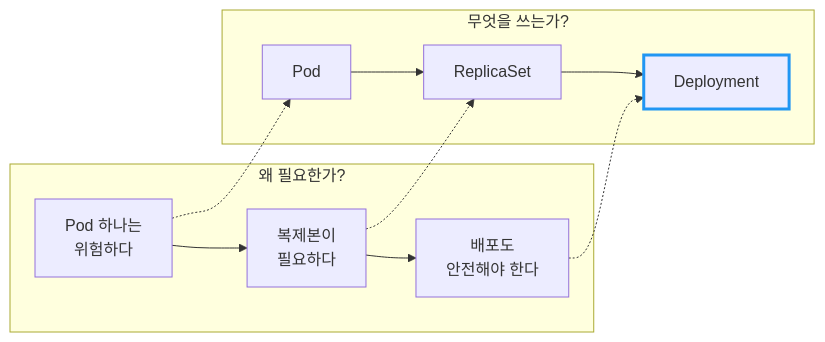
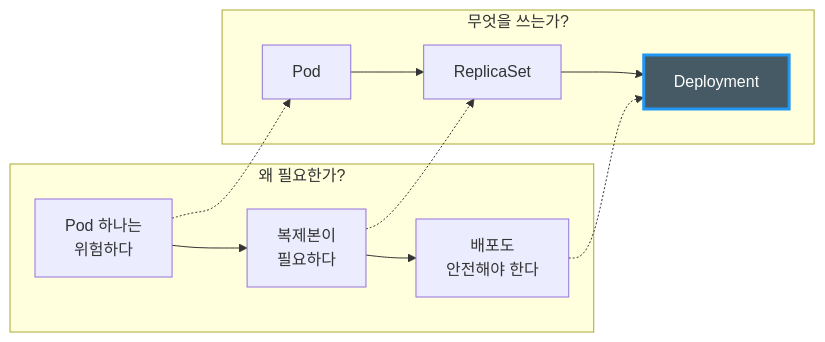
The fifth of 5 diagrams in kubernetes/Kubernetes-ReplicaSet-Deployment.md (sskim91/TIL), drawn with Mermaid before and after one commit. The commit also changed other lines of this file and 39 other files, not shown here.

````diff
--- a/kubernetes/Kubernetes-ReplicaSet-Deployment.md
+++ b/kubernetes/Kubernetes-ReplicaSet-Deployment.md
@@ -1066,17 +931,17 @@
 ```mermaid
 flowchart LR
     subgraph "왜 필요한가?"
         A[Pod 하나는<br>위험하다] --> B[복제본이<br>필요하다]
         B --> C[배포도<br>안전해야 한다]
     end
 
     subgraph "무엇을 쓰는가?"
         D[Pod] --> E[ReplicaSet] --> F[Deployment]
     end
 
     A -.-> D
     B -.-> E
     C -.-> F
 
-    style F stroke:#2196F3,stroke-width:3px
+    style F stroke:#2196F3,stroke-width:3px,fill:#455A64,color:#fff
 ```
````
